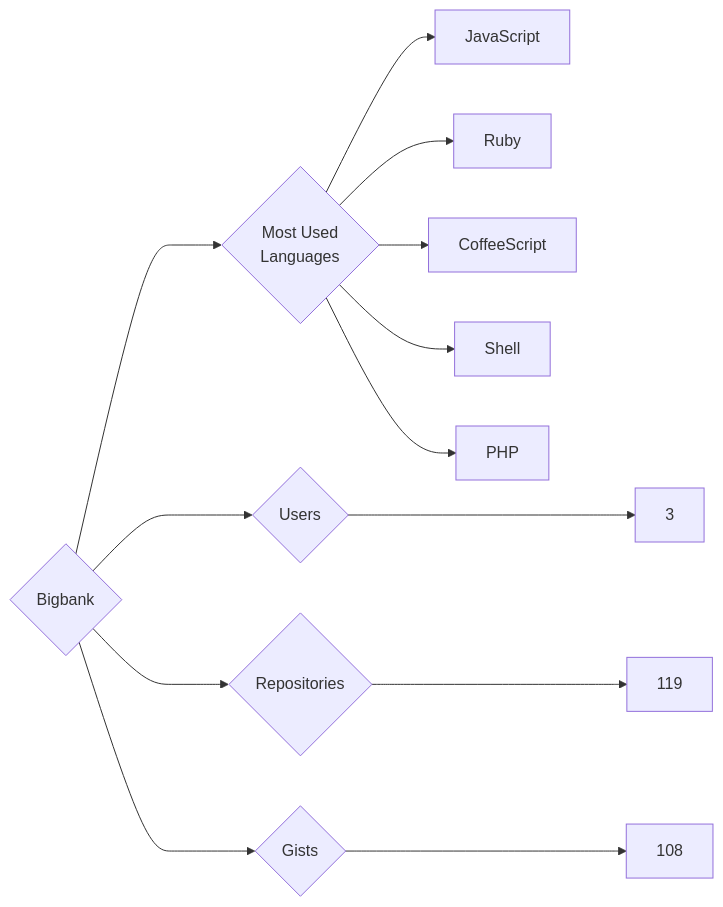
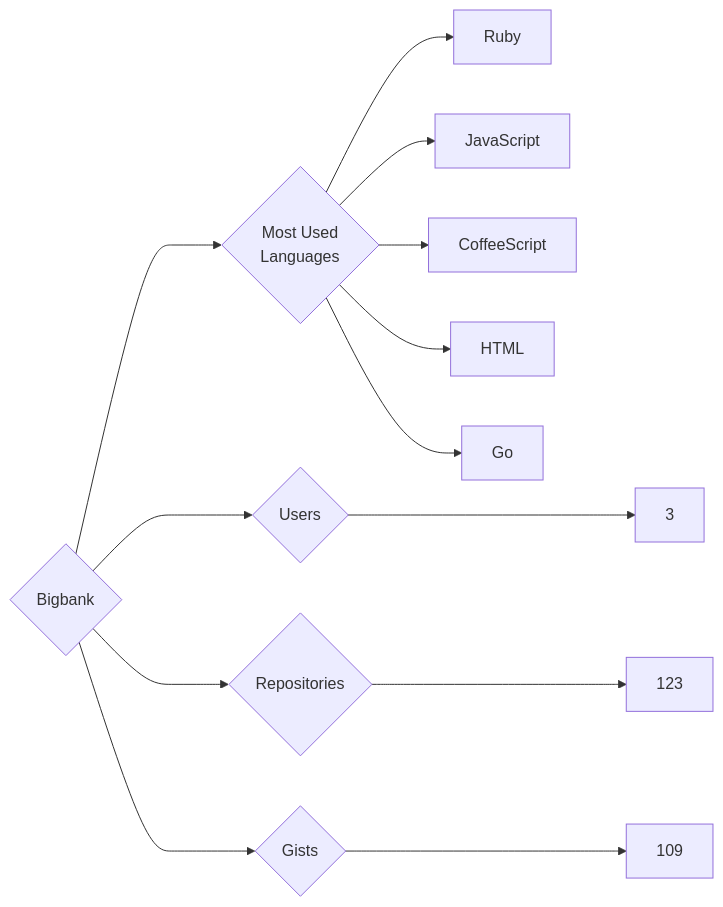
One commit to trickest/insiders changed the diagram in targets/Bigbank/README.md. Above: the diagram before and after it, drawn with Mermaid. The commit also changed 984 other files, not shown here.

````diff
--- a/targets/Bigbank/README.md
+++ b/targets/Bigbank/README.md
@@ -3,13 +3,13 @@
 ```mermaid
 graph LR
 COMPANY_NAME{Bigbank}
 COMPANY_NAME ---> U{Users} ---> UN[3]
-COMPANY_NAME ---> R{Repositories} ---> RN[119]
-COMPANY_NAME ---> G{Gists} ---> GN[108]
+COMPANY_NAME ---> R{Repositories} ---> RN[123]
+COMPANY_NAME ---> G{Gists} ---> GN[109]
 COMPANY_NAME ---> ML{Most Used<br>Languages}
+ML --> Ruby[Ruby]
 ML --> JavaScript[JavaScript]
-ML --> Ruby[Ruby]
 ML --> CoffeeScript[CoffeeScript]
-ML --> Shell[Shell]
-ML --> PHP[PHP]
+ML --> HTML[HTML]
+ML --> Go[Go]
 ```
````
